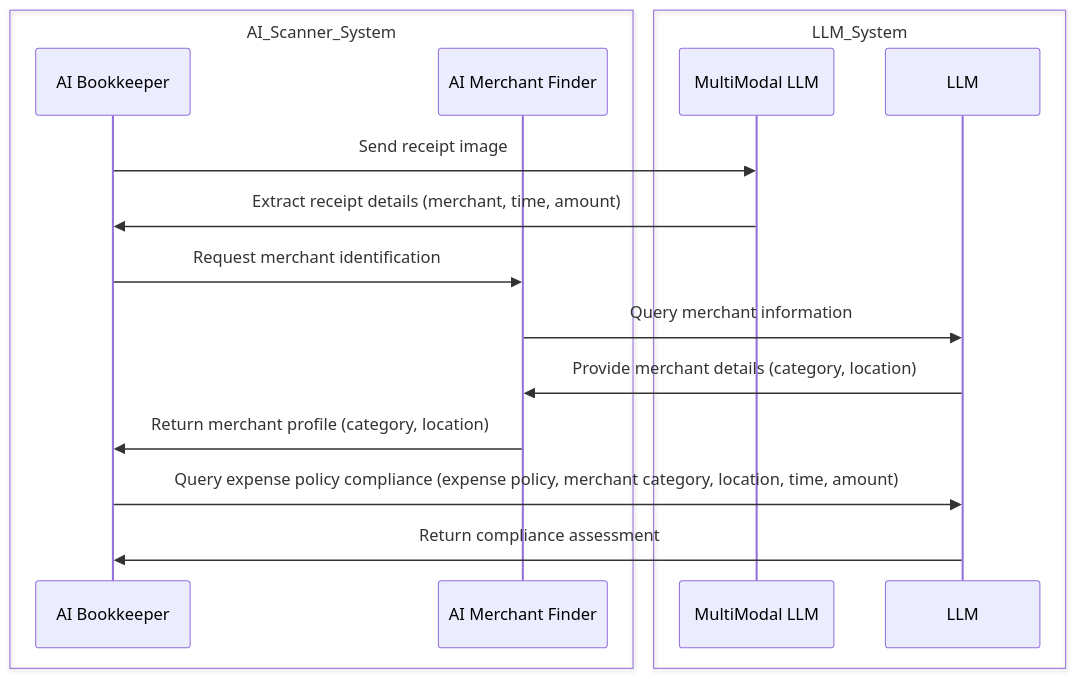
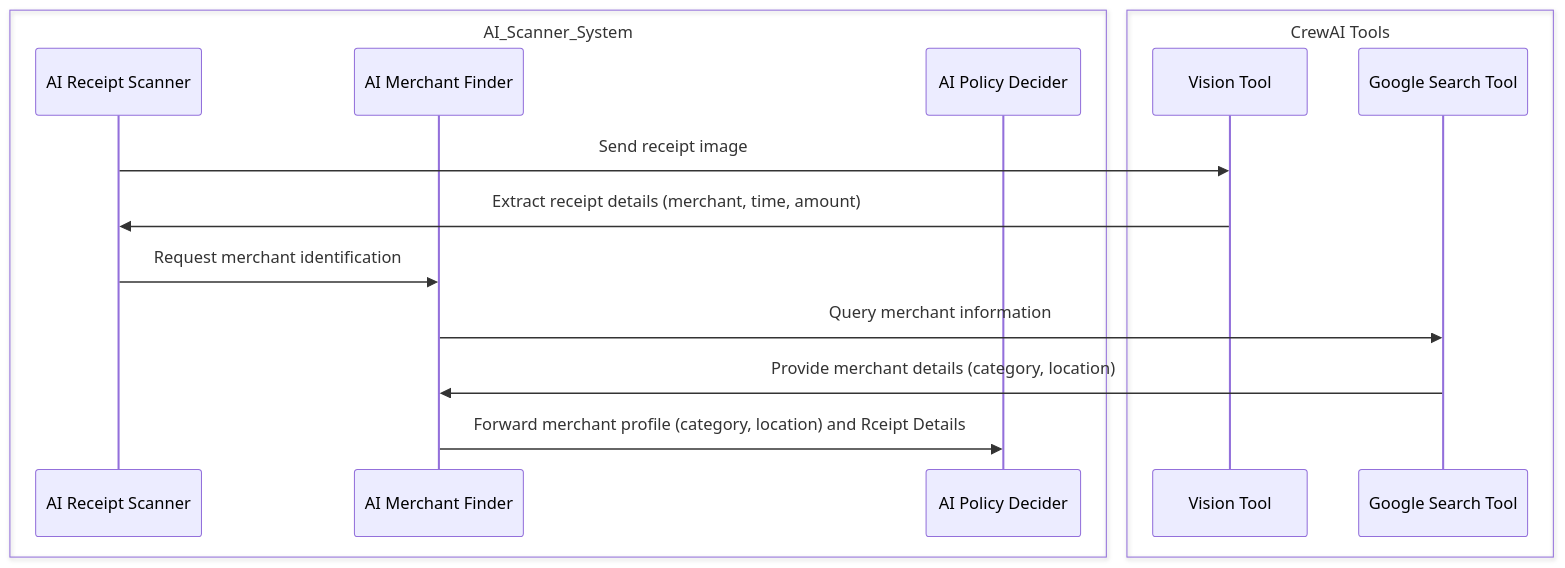
Before and after one commit to YifeiX03/ai_receipt_scanner: the second of 3 diagrams in README.md, drawn with Mermaid. The commit also changed other lines of this file, not shown here.

````diff
--- a/README.md
+++ b/README.md
@@ -60,21 +46,20 @@
 ```mermaid
 sequenceDiagram
     box AI_Scanner_System
-    participant bookkeeper as AI Bookkeeper
+    participant scanner as AI Receipt Scanner
     participant merchant_finder as AI Merchant Finder
+    participant decider as AI Policy Decider
     end
-    box LLM_System
-    participant mmllm as MultiModal LLM
-    participant llm as LLM
+    box CrewAI Tools
+    participant vision as Vision Tool
+    participant search as Google Search Tool
     end
 
-    bookkeeper->>mmllm: Send receipt image
-    mmllm->>bookkeeper: Extract receipt details (merchant, time, amount)
+    scanner->>vision: Send receipt image
+    vision->>scanner: Extract receipt details (merchant, time, amount)
 
-    bookkeeper->>merchant_finder: Request merchant identification
-    merchant_finder->>llm: Query merchant information
-    llm->>merchant_finder: Provide merchant details (category, location)
-    merchant_finder->>bookkeeper: Return merchant profile (category, location)
-    bookkeeper->>llm: Query expense policy compliance (expense policy, merchant category, location, time, amount)
-    llm->>bookkeeper: Return compliance assessment
+    scanner->>merchant_finder: Request merchant identification
+    merchant_finder->>search: Query merchant information
+    search->>merchant_finder: Provide merchant details (category, location)
+    merchant_finder->>decider: Forward merchant profile (category, location) and Rceipt Details
 ```
````
